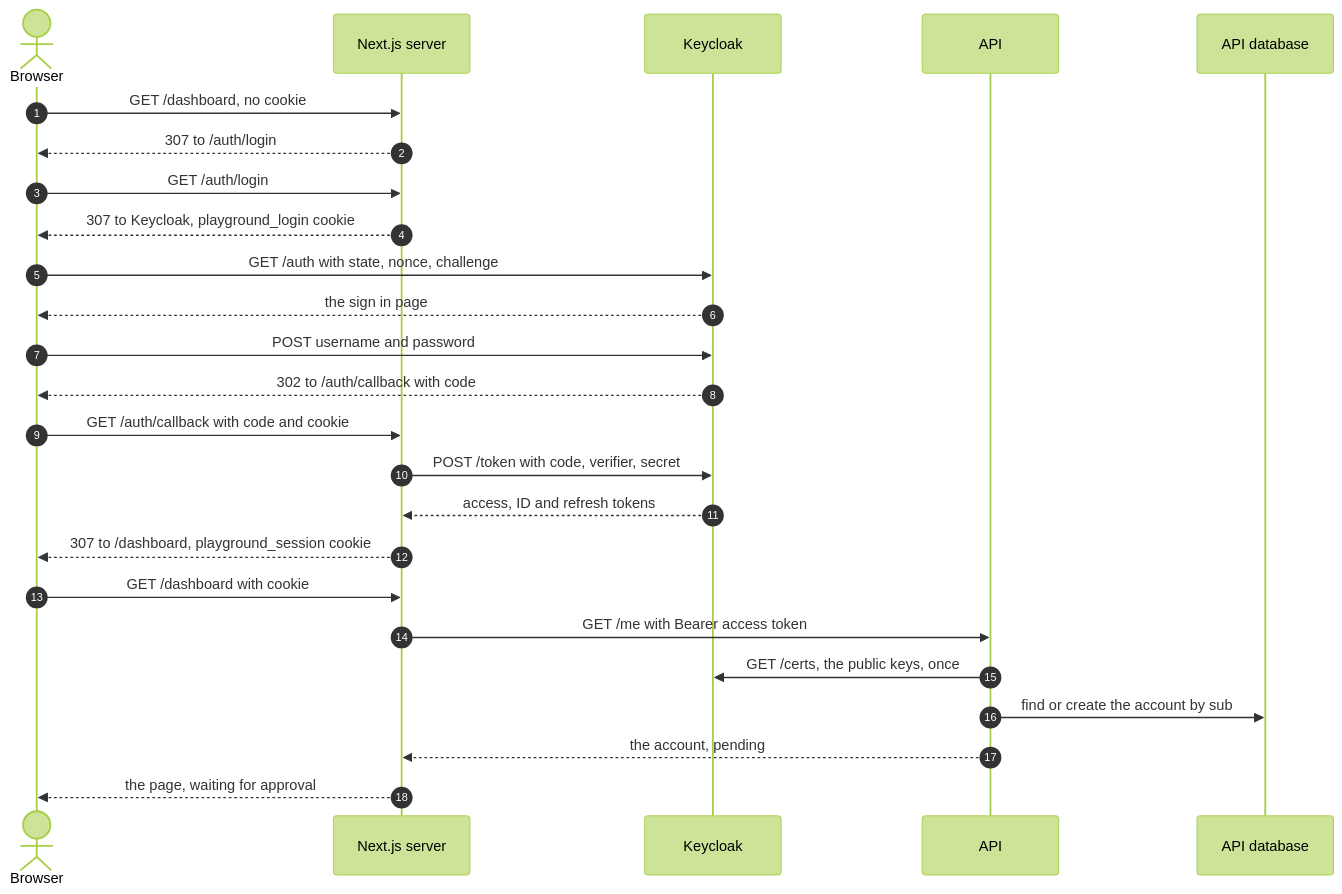
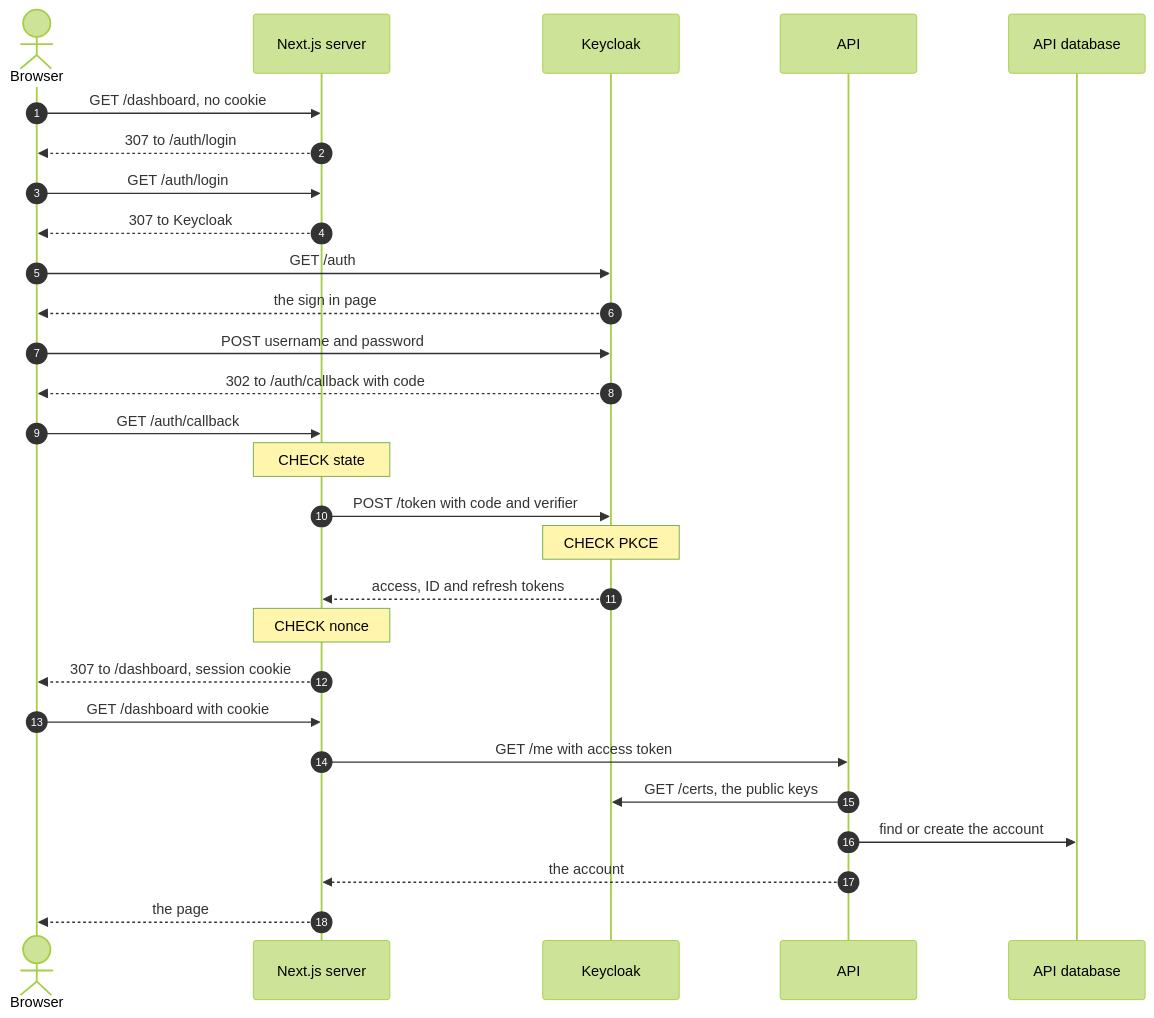
Before and after one commit to Thommans-Playground/playground-keycloak: the third of 25 diagrams in docs/AUTH-STUDY-GUIDE.md, drawn with Mermaid (forest theme). The commit also changed other lines of this file, not shown here.

Commit message:
docs(auth): make the numbered sign in steps easier to read

````diff
--- a/docs/AUTH-STUDY-GUIDE.md
+++ b/docs/AUTH-STUDY-GUIDE.md
@@ -101,27 +101,30 @@
 ```mermaid
 sequenceDiagram
     autonumber
     actor B as Browser
     participant W as Next.js server
     participant K as Keycloak
     participant A as API
     participant D as API database
     B->>W: GET /dashboard, no cookie
     W-->>B: 307 to /auth/login
     B->>W: GET /auth/login
-    W-->>B: 307 to Keycloak, playground_login cookie
-    B->>K: GET /auth with state, nonce, challenge
+    W-->>B: 307 to Keycloak
+    B->>K: GET /auth
     K-->>B: the sign in page
     B->>K: POST username and password
     K-->>B: 302 to /auth/callback with code
-    B->>W: GET /auth/callback with code and cookie
-    W->>K: POST /token with code, verifier, secret
+    B->>W: GET /auth/callback
+    Note over W: CHECK state
+    W->>K: POST /token with code and verifier
+    Note over K: CHECK PKCE
     K-->>W: access, ID and refresh tokens
-    W-->>B: 307 to /dashboard, playground_session cookie
+    Note over W: CHECK nonce
+    W-->>B: 307 to /dashboard, session cookie
     B->>W: GET /dashboard with cookie
-    W->>A: GET /me with Bearer access token
-    A->>K: GET /certs, the public keys, once
-    A->>D: find or create the account by sub
-    A-->>W: the account, pending
-    W-->>B: the page, waiting for approval
+    W->>A: GET /me with access token
+    A->>K: GET /certs, the public keys
+    A->>D: find or create the account
+    A-->>W: the account
+    W-->>B: the page
 ```
````
